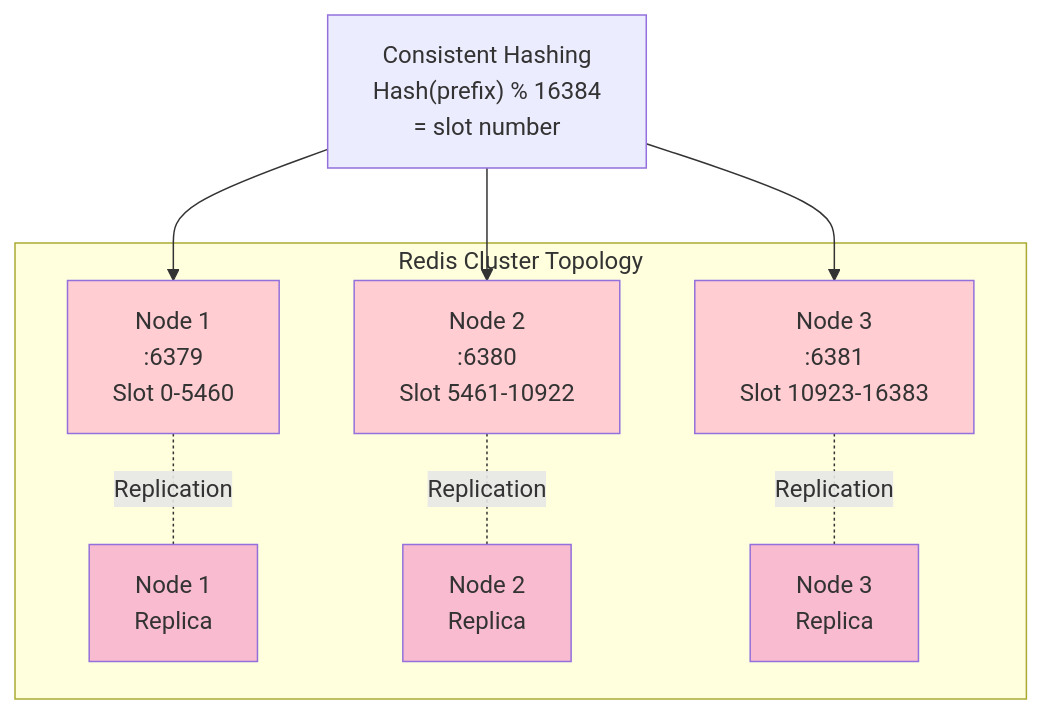
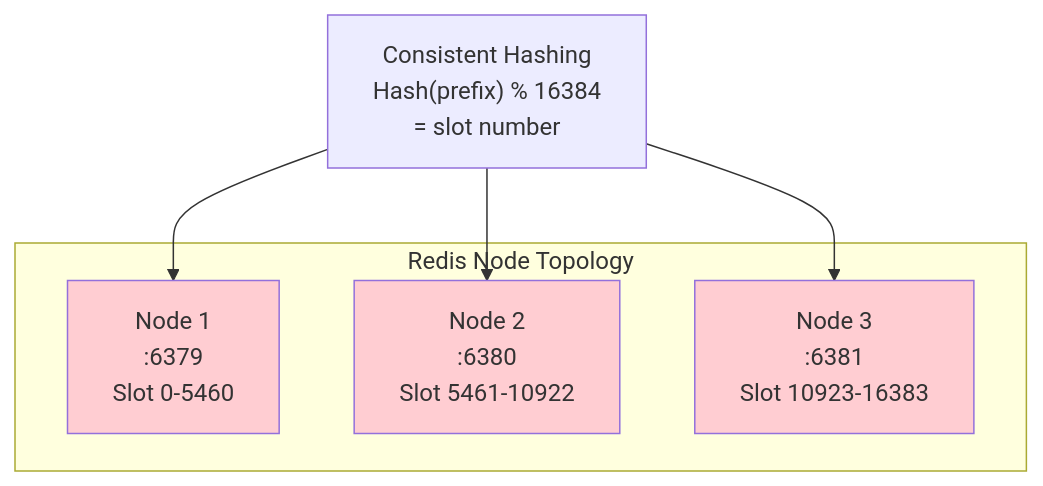
One commit to Avishkar74/Typeahead changed the sixth of 7 diagrams in docs/CACHING_STRATEGY.md. Above: the diagram before and after it, drawn with Mermaid. The commit also changed other lines of this file and 3 other files, not shown here.

First line of the commit message:
docs: align architecture docs with Spring Boot implementation

````diff
--- a/docs/CACHING_STRATEGY.md
+++ b/docs/CACHING_STRATEGY.md
@@ -261,25 +261,18 @@
 ```mermaid
 graph TB
-    subgraph "Redis Cluster Topology"
+    subgraph "Redis Node Topology"
         H["Node 1<br/>:6379<br/>Slot 0-5460"]
         I["Node 2<br/>:6380<br/>Slot 5461-10922"]
         J["Node 3<br/>:6381<br/>Slot 10923-16383"]
-        
-        H -.Replication.- H_B["Node 1<br/>Replica"]
-        I -.Replication.- I_B["Node 2<br/>Replica"]
-        J -.Replication.- J_B["Node 3<br/>Replica"]
     end
     
     K["Consistent Hashing<br/>Hash(prefix) % 16384<br/>= slot number"]
     
     K --> H
     K --> I
     K --> J
     
     style H fill:#ffcdd2
     style I fill:#ffcdd2
     style J fill:#ffcdd2
-    style H_B fill:#f8bbd0
-    style I_B fill:#f8bbd0
-    style J_B fill:#f8bbd0
 ```
````
